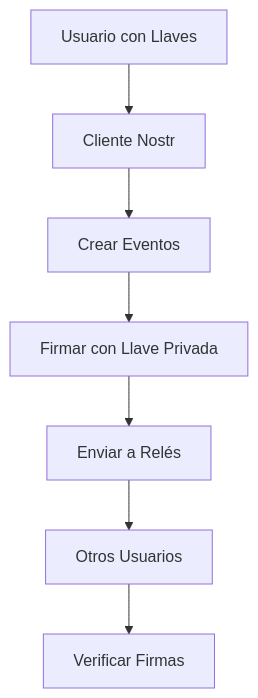
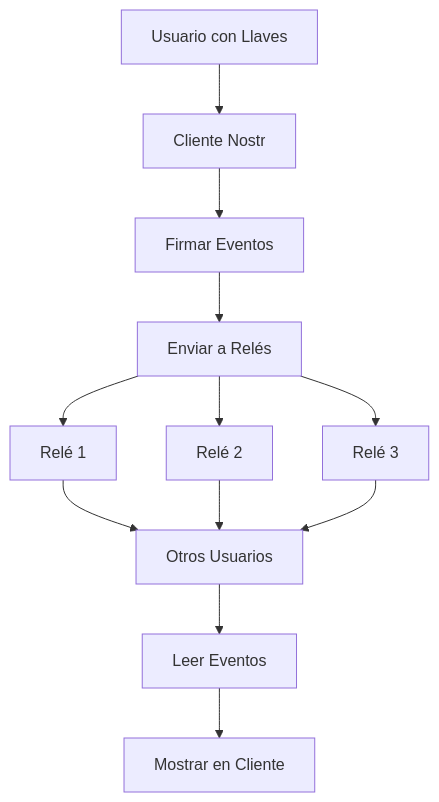
The diagram in docs/es/concepts/nostr-fundamentals.md (cristyalmonte/learnnostr), drawn with Mermaid before and after one commit. The commit also changed other lines of this file and 9 other files, not shown here.

````diff
--- a/docs/es/concepts/nostr-fundamentals.md
+++ b/docs/es/concepts/nostr-fundamentals.md
@@ -32,9 +46,14 @@
 ```mermaid
 graph TB
     A[Usuario con Llaves] --> B[Cliente Nostr]
-    B --> C[Crear Eventos]
-    C --> D[Firmar con Llave Privada]
-    D --> E[Enviar a Relés]
-    E --> F[Otros Usuarios]
-    F --> G[Verificar Firmas]
+    B --> C[Firmar Eventos]
+    C --> D[Enviar a Relés]
+    D --> E[Relé 1]
+    D --> F[Relé 2]
+    D --> G[Relé 3]
+    E --> H[Otros Usuarios]
+    F --> H
+    G --> H
+    H --> I[Leer Eventos]
+    I --> J[Mostrar en Cliente]
 ```
````
